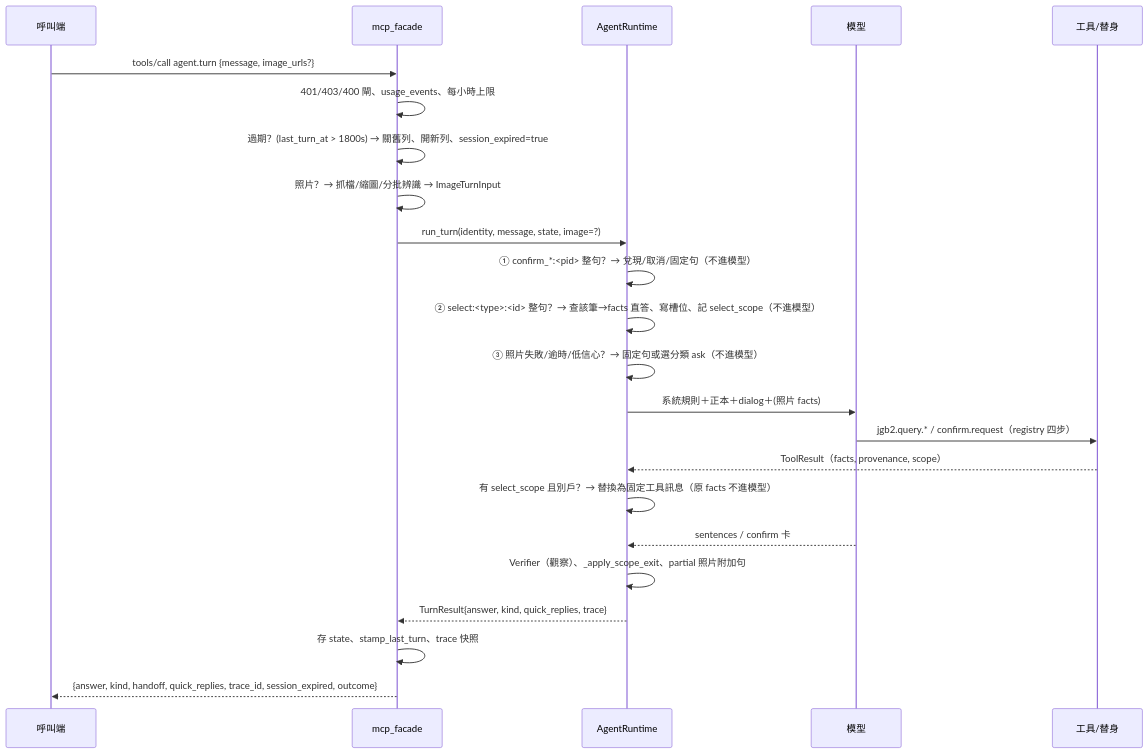
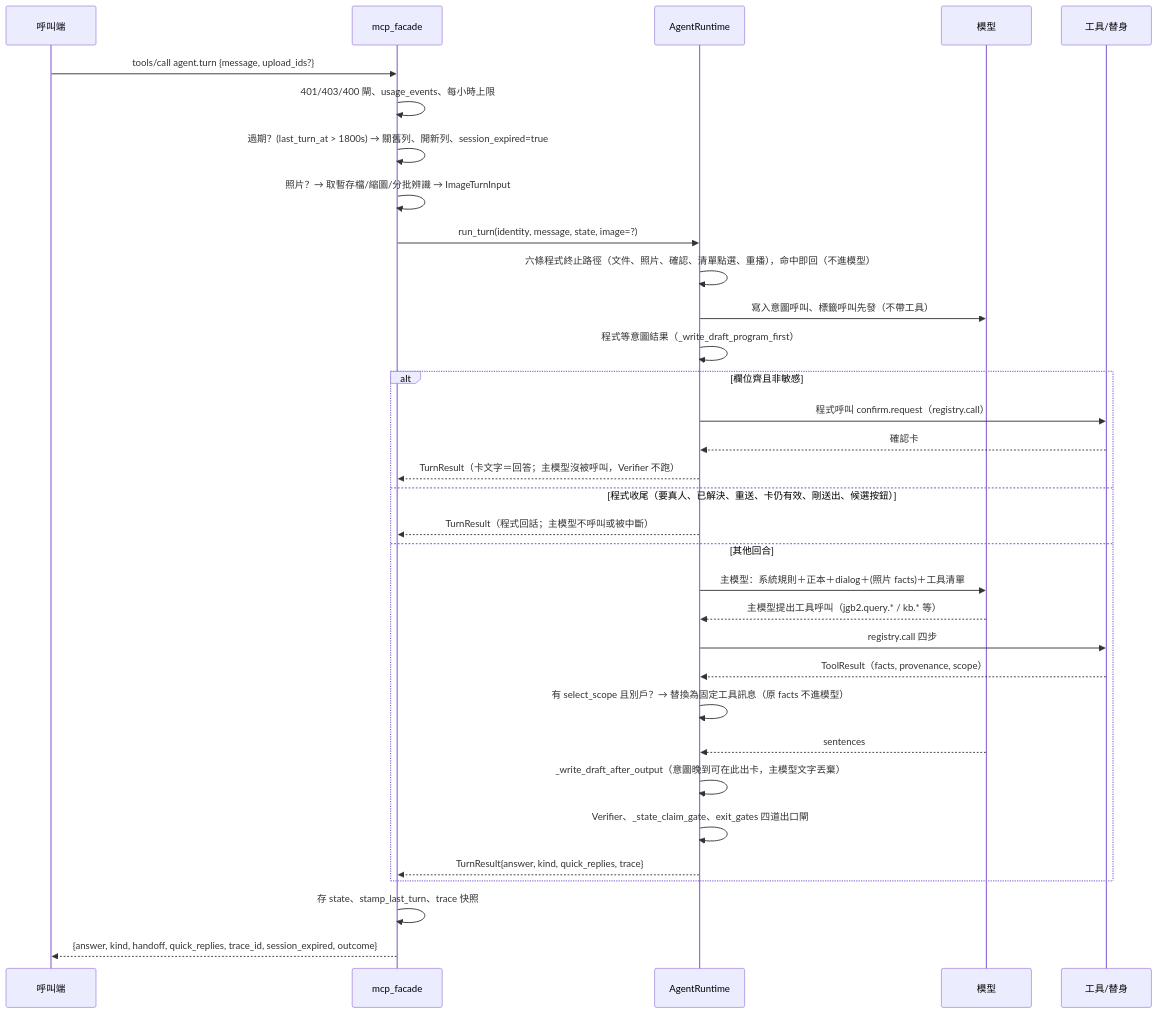
Before and after one commit to JGBlenny/AIChatbot: the third of 3 diagrams in docs/architecture/AGENTIC_MCP_ARCHITECTURE.md, drawn with Mermaid. The commit also changed other lines of this file and 50 other files, not shown here.

````diff
--- a/docs/architecture/AGENTIC_MCP_ARCHITECTURE.md
+++ b/docs/architecture/AGENTIC_MCP_ARCHITECTURE.md
@@ -220,25 +298,35 @@
 ```mermaid
 sequenceDiagram
   participant L as 呼叫端
   participant F as mcp_facade
   participant R as AgentRuntime
   participant M as 模型
   participant T as 工具/替身
-  L->>F: tools/call agent.turn {message, image_urls?}
+  L->>F: tools/call agent.turn {message, upload_ids?}
   F->>F: 401/403/400 閘、usage_events、每小時上限
   F->>F: 過期？(last_turn_at > 1800s) → 關舊列、開新列、session_expired=true
-  F->>F: 照片？→ 抓檔/縮圖/分批辨識 → ImageTurnInput
+  F->>F: 照片？→ 取暫存檔/縮圖/分批辨識 → ImageTurnInput
   F->>R: run_turn(identity, message, state, image=?)
-  R->>R: ① confirm_*:<pid> 整句？→ 兌現/取消/固定句（不進模型）
-  R->>R: ② select:<type>:<id> 整句？→ 查該筆→facts 直答、寫槽位、記 select_scope（不進模型）
-  R->>R: ③ 照片失敗/逾時/低信心？→ 固定句或選分類 ask（不進模型）
-  R->>M: 系統規則＋正本＋dialog＋(照片 facts)
-  M->>T: jgb2.query.* / confirm.request（registry 四步）
-  T-->>R: ToolResult（facts, provenance, scope）
-  R->>R: 有 select_scope 且別戶？→ 替換為固定工具訊息（原 facts 不進模型）
-  M-->>R: sentences / confirm 卡
-  R->>R: Verifier（觀察）、_apply_scope_exit、partial 照片附加句
-  R-->>F: TurnResult{answer, kind, quick_replies, trace}
+  R->>R: 六條程式終止路徑（文件、照片、確認、清單點選、重播），命中即回（不進模型）
+  R->>M: 寫入意圖呼叫、標籤呼叫先發（不帶工具）
+  R->>R: 程式等意圖結果（_write_draft_program_first）
+  alt 欄位齊且非敏感
+    R->>T: 程式呼叫 confirm.request（registry.call）
+    T-->>R: 確認卡
+    R-->>F: TurnResult（卡文字＝回答；主模型沒被呼叫，Verifier 不跑）
+  else 程式收尾（要真人、已解決、重送、卡仍有效、剛送出、候選按鈕）
+    R-->>F: TurnResult（程式回話；主模型不呼叫或被中斷）
+  else 其他回合
+    R->>M: 主模型：系統規則＋正本＋dialog＋(照片 facts)＋工具清單
+    M-->>R: 主模型提出工具呼叫（jgb2.query.* / kb.* 等）
+    R->>T: registry.call 四步
+    T-->>R: ToolResult（facts, provenance, scope）
+    R->>R: 有 select_scope 且別戶？→ 替換為固定工具訊息（原 facts 不進模型）
+    M-->>R: sentences
+    R->>R: _write_draft_after_output（意圖晚到可在此出卡，主模型文字丟棄）
+    R->>R: Verifier、_state_claim_gate、exit_gates 四道出口閘
+    R-->>F: TurnResult{answer, kind, quick_replies, trace}
+  end
   F->>F: 存 state、stamp_last_turn、trace 快照
   F-->>L: {answer, kind, handoff, quick_replies, trace_id, session_expired, outcome}
 ```
````
